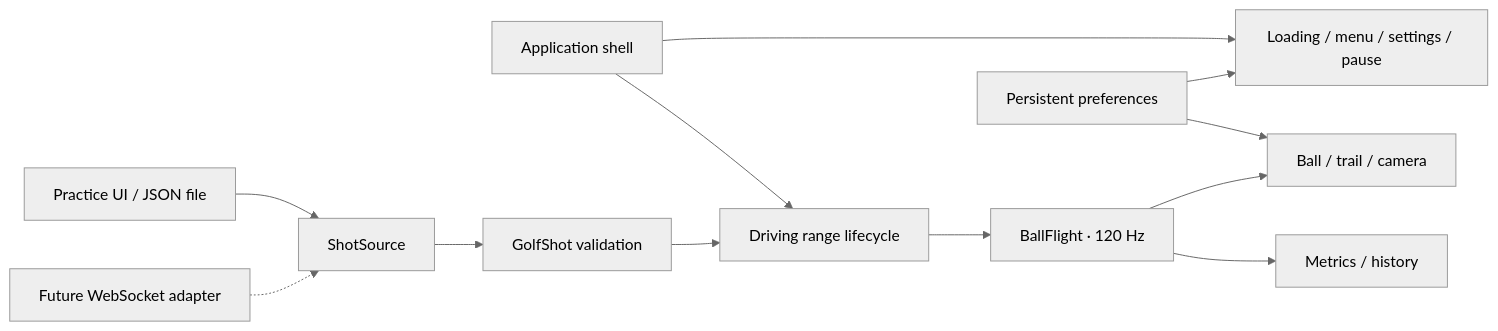
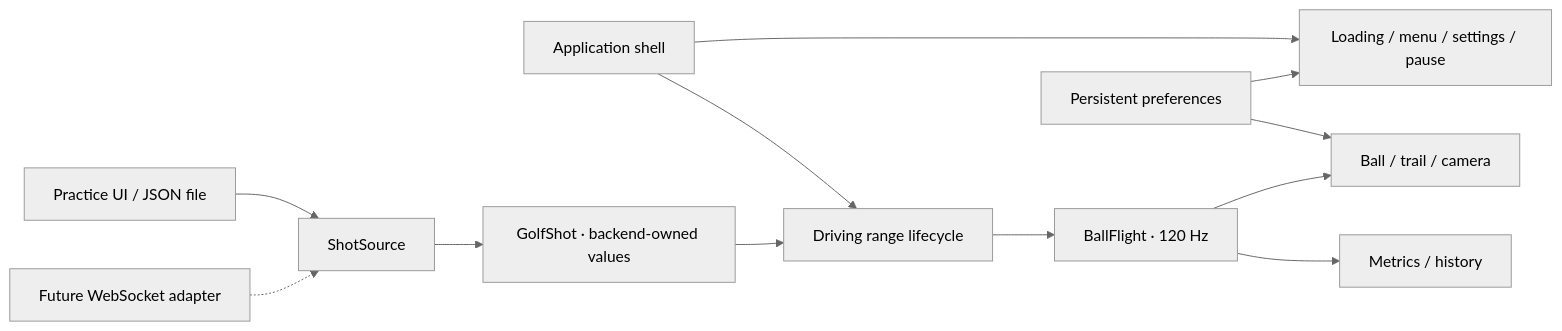
Before and after one commit to MadsRantzau49/golfistuen: the diagram in golf_game/README.md, drawn with Mermaid (neutral theme). The commit also changed other lines of this file and 83 other files, not shown here.

````diff
--- a/golf_game/README.md
+++ b/golf_game/README.md
@@ -221,14 +225,14 @@
 ```mermaid
 flowchart LR
     App[Application shell] --> Menu[Loading / menu / settings / pause]
     App --> Range[Driving range lifecycle]
     Demo[Practice UI / JSON file] --> Source[ShotSource]
     Radar[Future WebSocket adapter] -.-> Source
-    Source --> Contract[GolfShot validation]
+    Source --> Contract[GolfShot · backend-owned values]
     Contract --> Range
     Range --> Model[BallFlight · 120 Hz]
     Model --> Visual[Ball / trail / camera]
     Model --> HUD[Metrics / history]
     Settings[Persistent preferences] --> Menu
     Settings --> Visual
 ```
````
